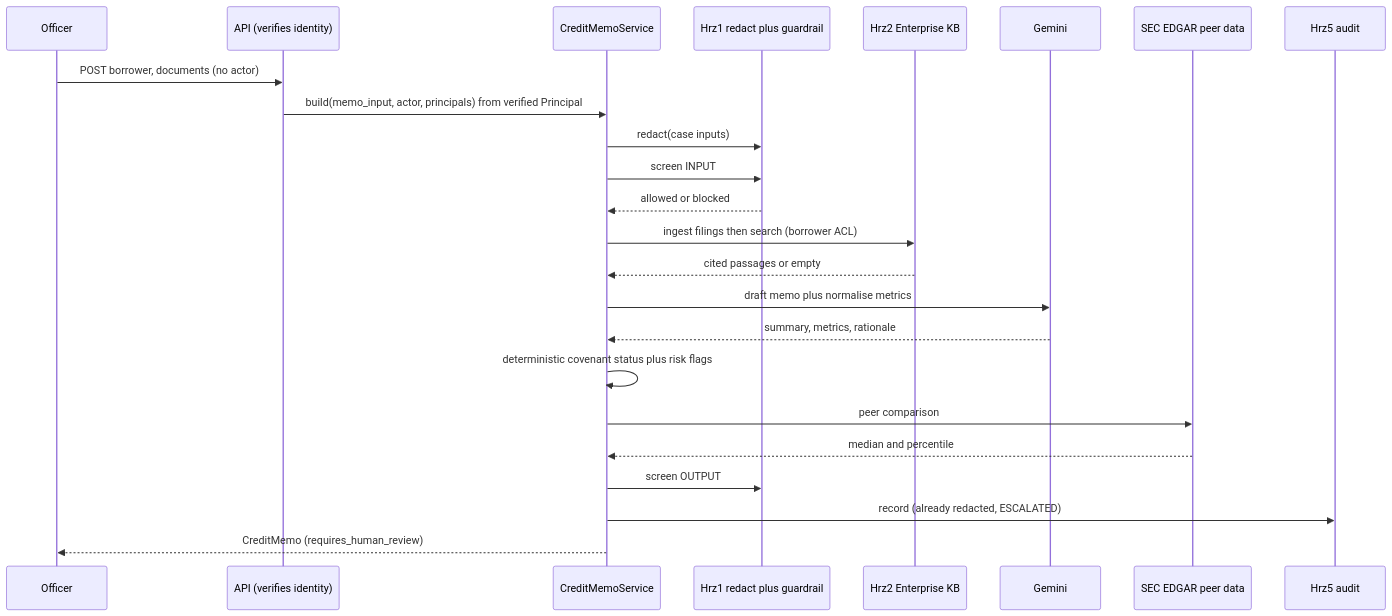
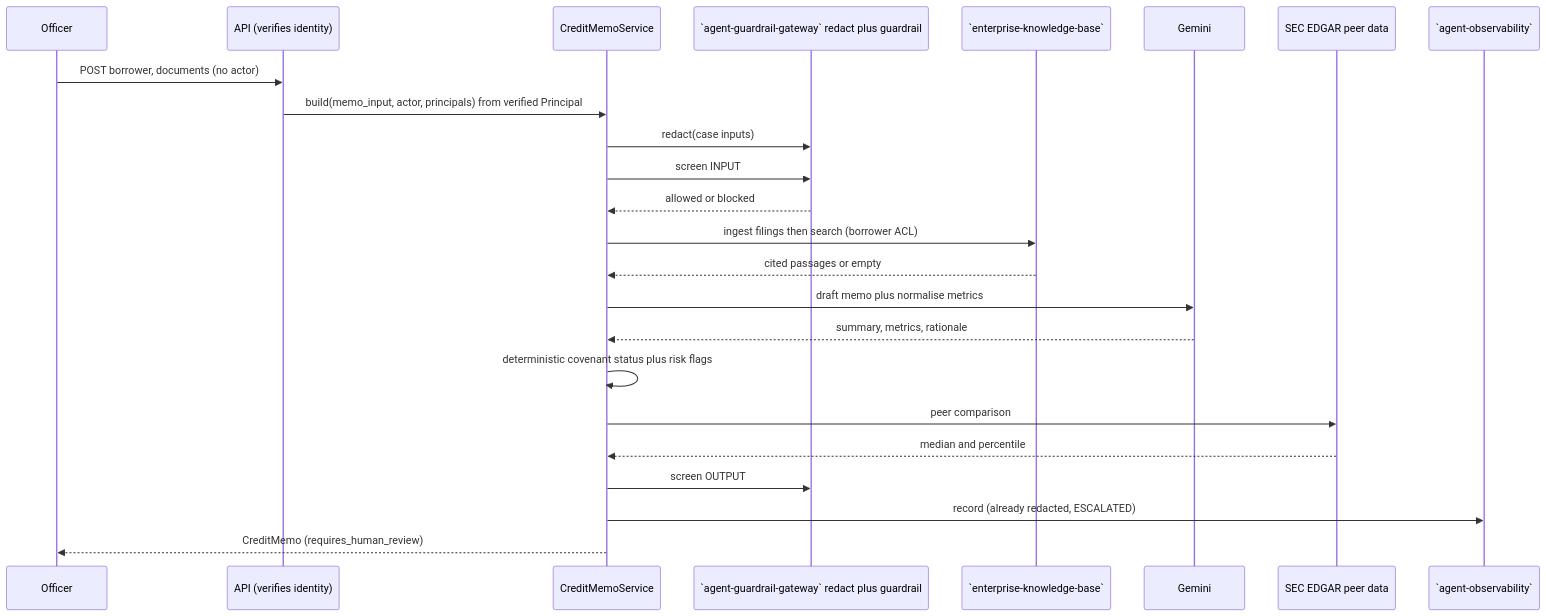
The second of 3 diagrams in ARCHITECTURE.md (portable-genai/credit-memo-drafting), drawn with Mermaid before and after one commit. The commit also changed other lines of this file and 39 other files, not shown here.

````diff
--- a/ARCHITECTURE.md
+++ b/ARCHITECTURE.md
@@ -57,26 +57,26 @@
 ```mermaid
 sequenceDiagram
   participant Officer
   participant API as API (verifies identity)
   participant Service as CreditMemoService
-  participant Safety as Hrz1 redact plus guardrail
-  participant KB as Hrz2 Enterprise KB
+  participant Safety as `agent-guardrail-gateway` redact plus guardrail
+  participant KB as `enterprise-knowledge-base`
   participant LLM as Gemini
   participant Peer as SEC EDGAR peer data
-  participant Audit as Hrz5 audit
+  participant Audit as `agent-observability`
   Officer->>API: POST borrower, documents (no actor)
   API->>Service: build(memo_input, actor, principals) from verified Principal
   Service->>Safety: redact(case inputs)
   Service->>Safety: screen INPUT
   Safety-->>Service: allowed or blocked
   Service->>KB: ingest filings then search (borrower ACL)
   KB-->>Service: cited passages or empty
   Service->>LLM: draft memo plus normalise metrics
   LLM-->>Service: summary, metrics, rationale
   Service->>Service: deterministic covenant status plus risk flags
   Service->>Peer: peer comparison
   Peer-->>Service: median and percentile
   Service->>Safety: screen OUTPUT
   Service->>Audit: record (already redacted, ESCALATED)
   Service-->>Officer: CreditMemo (requires_human_review)
 ```
````
